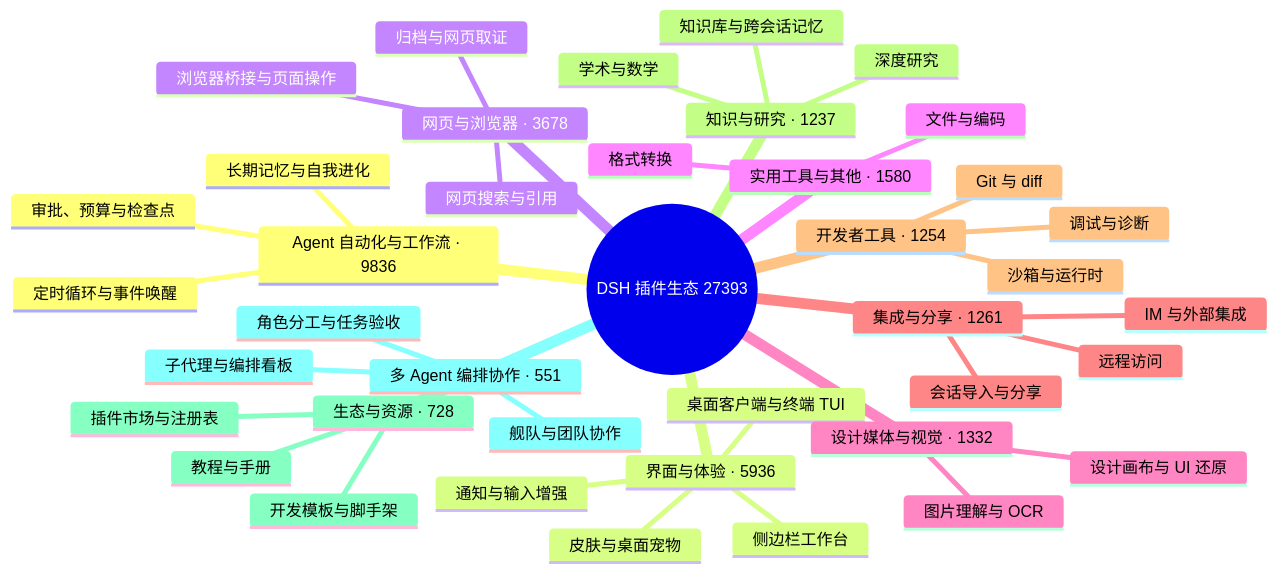
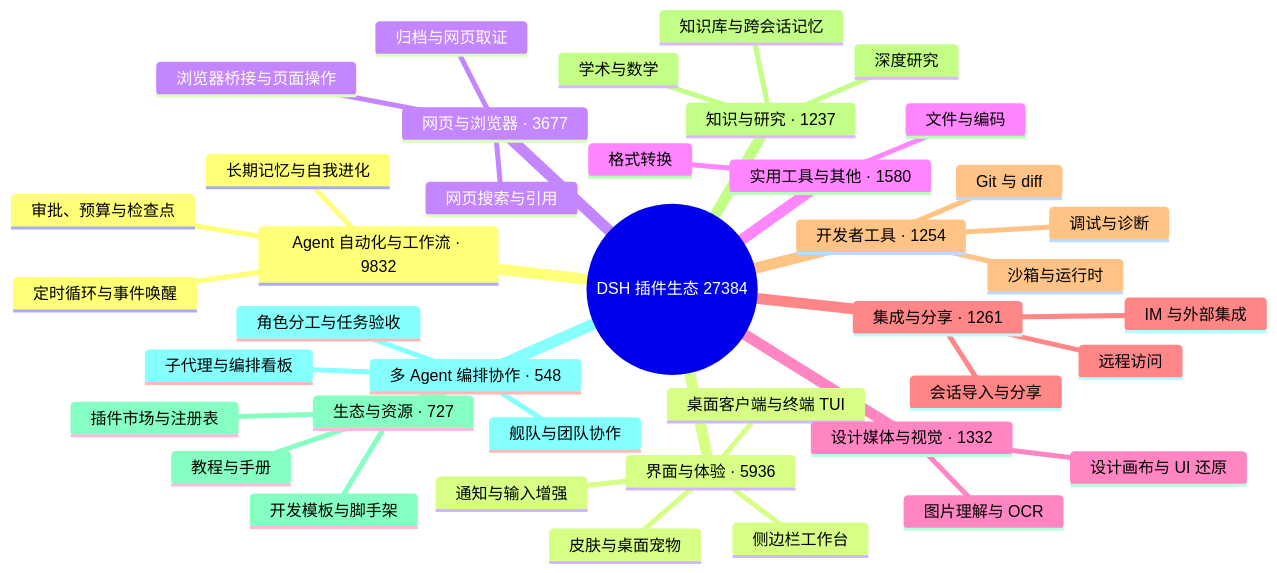
One commit to bruc3van/awesome-dsh-plugin changed the diagram in README.md. Above: the diagram before and after it, drawn with Mermaid. The commit also changed other lines of this file and 16 other files, not shown here.

````diff
--- a/README.md
+++ b/README.md
@@ -32,43 +32,43 @@
 ```mermaid
 mindmap
-  root((DSH 插件生态 27393))
-    Agent 自动化与工作流 · 9836
+  root((DSH 插件生态 27384))
+    Agent 自动化与工作流 · 9832
       定时循环与事件唤醒
       长期记忆与自我进化
       审批、预算与检查点
     界面与体验 · 5936
       桌面客户端与终端 TUI
       侧边栏工作台
       皮肤与桌面宠物
       通知与输入增强
-    网页与浏览器 · 3678
+    网页与浏览器 · 3677
       浏览器桥接与页面操作
       网页搜索与引用
       归档与网页取证
     实用工具与其他 · 1580
       文件与编码
       格式转换
     设计媒体与视觉 · 1332
       图片理解与 OCR
       设计画布与 UI 还原
     集成与分享 · 1261
       会话导入与分享
       远程访问
       IM 与外部集成
     开发者工具 · 1254
       Git 与 diff
       沙箱与运行时
       调试与诊断
     知识与研究 · 1237
       知识库与跨会话记忆
       深度研究
       学术与数学
-    生态与资源 · 728
+    生态与资源 · 727
       插件市场与注册表
       开发模板与脚手架
       教程与手册
-    多 Agent 编排协作 · 551
+    多 Agent 编排协作 · 548
       子代理与编排看板
       舰队与团队协作
       角色分工与任务验收
 ```
````
